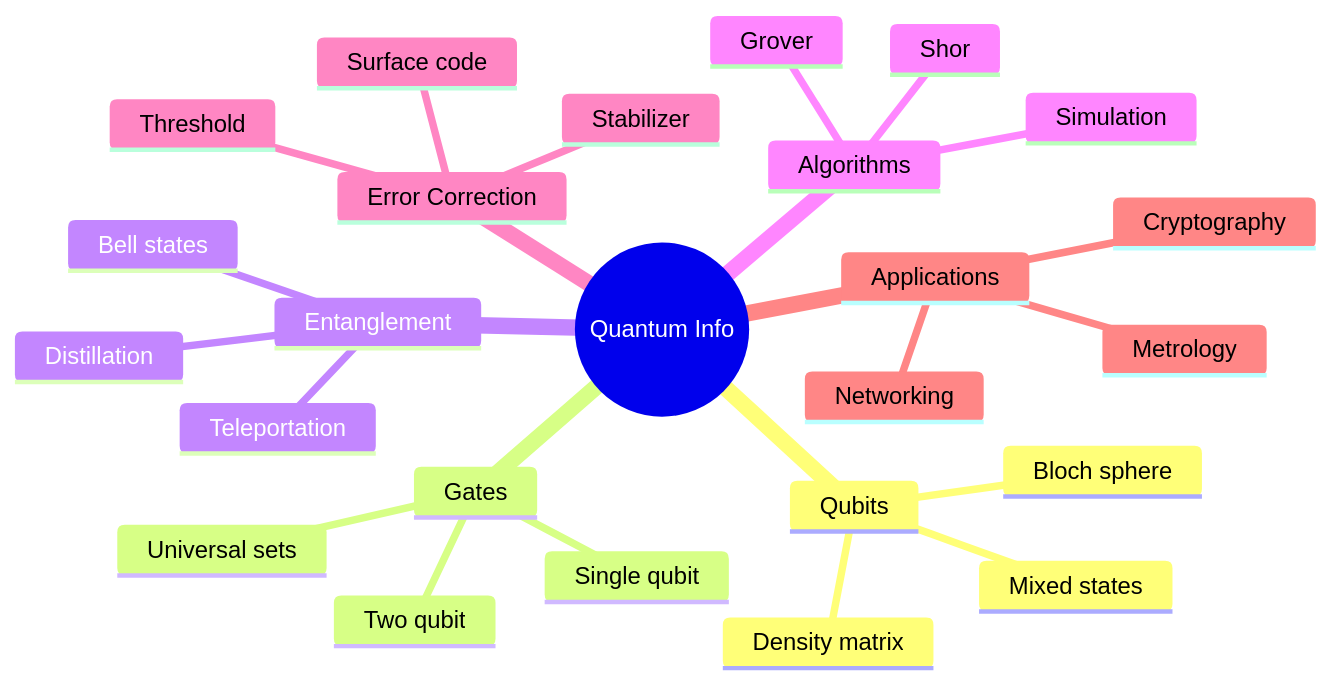
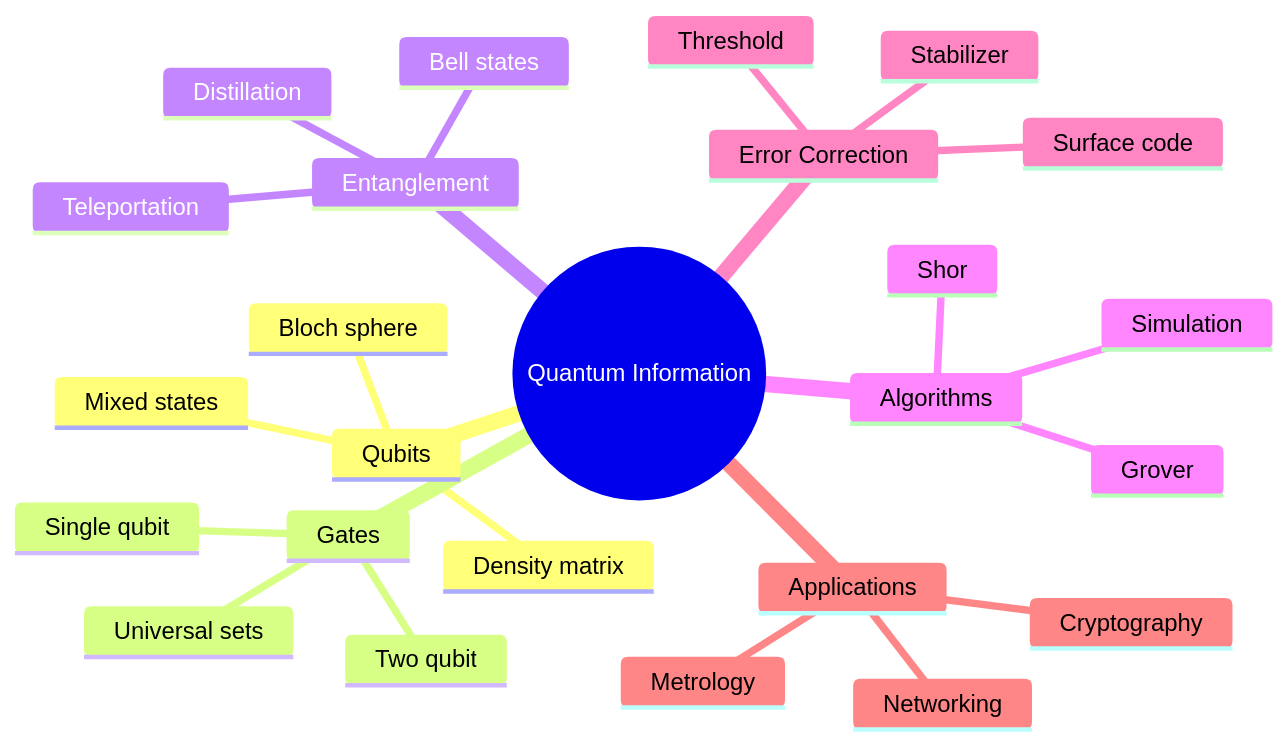
One commit to yip-lgtm/PhysicsSelfStudy changed the first of 5 diagrams in 03_MSc_Physics/electives/MSPY_6910_Quantum_Information/README.md. Above: the diagram before and after it, drawn with Mermaid. The commit also changed other lines of this file and 17 other files, not shown here.

````diff
--- a/03_MSc_Physics/electives/MSPY_6910_Quantum_Information/README.md
+++ b/03_MSc_Physics/electives/MSPY_6910_Quantum_Information/README.md
@@ -247,28 +373,28 @@
 ```mermaid
 mindmap
-  root((Quantum Info))
+  root((Quantum Information))
     Qubits
       Bloch sphere
       Density matrix
       Mixed states
     Gates
       Single qubit
       Two qubit
       Universal sets
     Entanglement
       Bell states
       Distillation
       Teleportation
     Algorithms
       Shor
       Grover
       Simulation
     Error Correction
       Stabilizer
       Surface code
       Threshold
     Applications
       Cryptography
       Metrology
       Networking
 ```
````
